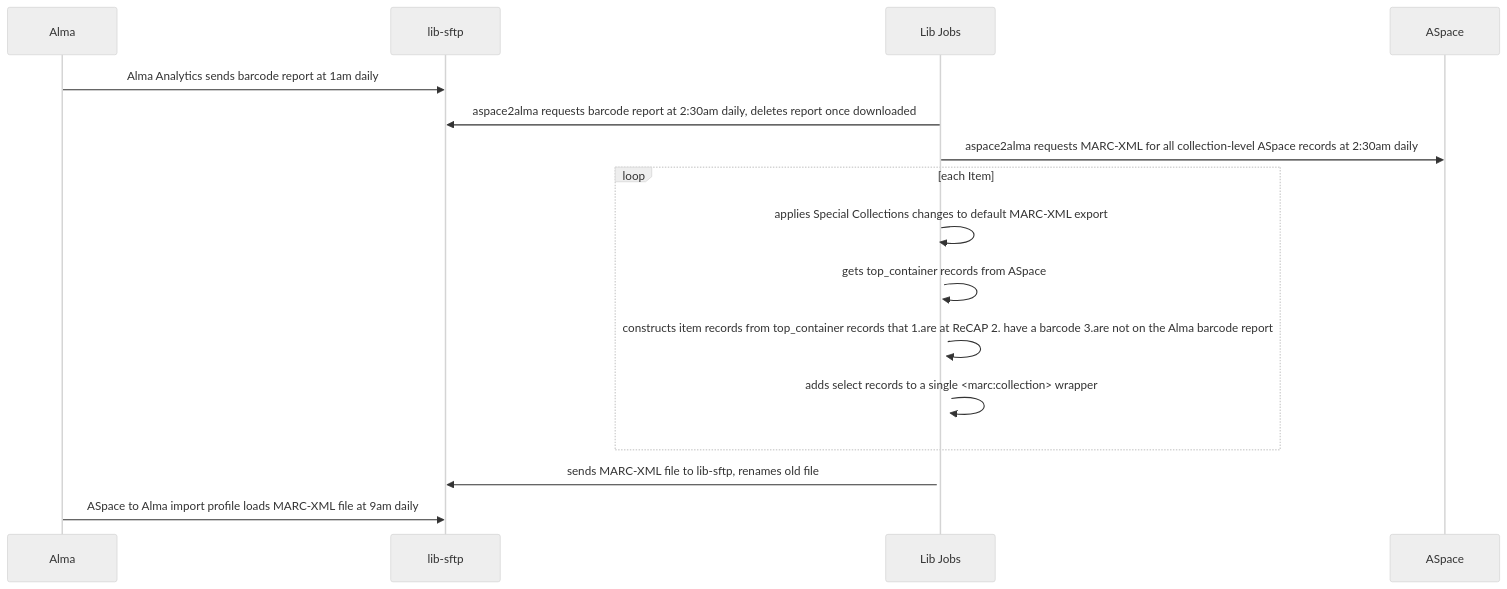
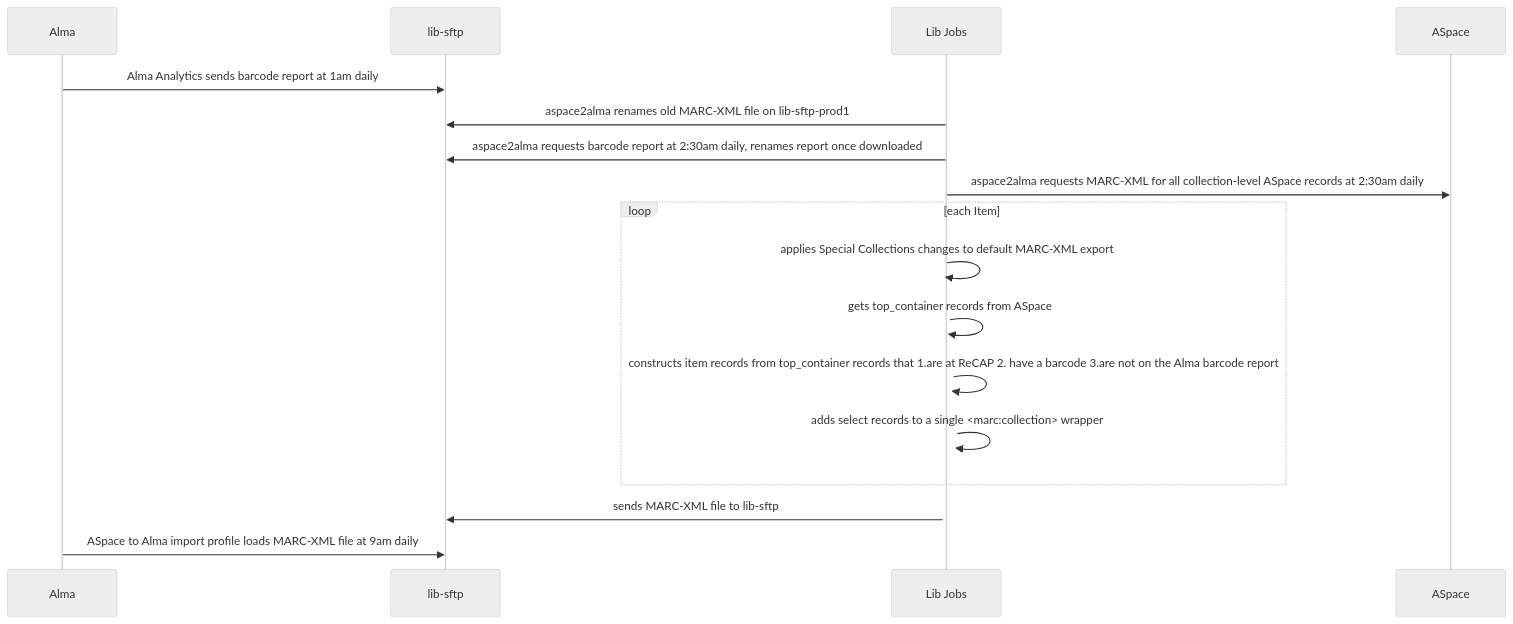
The diagram in docs/aspace2alma/readme.md (pulibrary/lib_jobs), drawn with Mermaid (neutral theme) before and after one commit. The commit also changed other lines of this file, not shown here.

````diff
--- a/docs/aspace2alma/readme.md
+++ b/docs/aspace2alma/readme.md
@@ -27,25 +26,27 @@
 ```mermaid
 sequenceDiagram
 accTitle: Diagram depicting loading select records from ArchivesSpace to Alma.
 accDescr {
   Alma Analytics sends barcode report at 1am daily.
-  aspace2alma requests barcode report at 2:30am daily; deletes report once downloaded.
+  aspace2alma renames old MARC-XML file on lib-sftp-prod1.
+  aspace2alma requests barcode report at 2:30am daily; renames report once downloaded.
   aspace2alma requests MARC-XML for all collection-level ASpace records at 2:30am daily.
   Lib Jobs applies Special Collections changes to default MARC-XML export and adds select records to a single <marc:collection> wrapper.
   Lib Jobs gets top_container records from ASpace.
   Lib Jobs constructs item records from top_container records that 1.are at ReCAP 2. have a barcode 3.are not on the Alma barcode report.
-  Lib Jobs sends MARC-XML file to lib-sftp; renames old file.
+  Lib Jobs sends MARC-XML file to lib-sftp.
   ASpace to Alma imports profile loads MARC-XML file at 9am daily.
 }
 Alma->>lib-sftp: Alma Analytics sends barcode report at 1am daily
-Lib Jobs->>lib-sftp: aspace2alma requests barcode report at 2:30am daily, deletes report once downloaded
+Lib Jobs->>lib-sftp: aspace2alma renames old MARC-XML file on lib-sftp-prod1
+Lib Jobs->>lib-sftp: aspace2alma requests barcode report at 2:30am daily, renames report once downloaded
 Lib Jobs->>ASpace: aspace2alma requests MARC-XML for all collection-level ASpace records at 2:30am daily
 loop each Item
   Lib Jobs->>+Lib Jobs: applies Special Collections changes to default MARC-XML export
   Lib Jobs->>+Lib Jobs: gets top_container records from ASpace
   Lib Jobs->>+Lib Jobs: constructs item records from top_container records that 1.are at ReCAP 2. have a barcode 3.are not on the Alma barcode report
   Lib Jobs->>+Lib Jobs: adds select records to a single <marc:collection> wrapper
 end
-Lib Jobs->>lib-sftp: sends MARC-XML file to lib-sftp, renames old file
+Lib Jobs->>lib-sftp: sends MARC-XML file to lib-sftp
 Alma->>lib-sftp: ASpace to Alma import profile loads MARC-XML file at 9am daily
 ```
````
